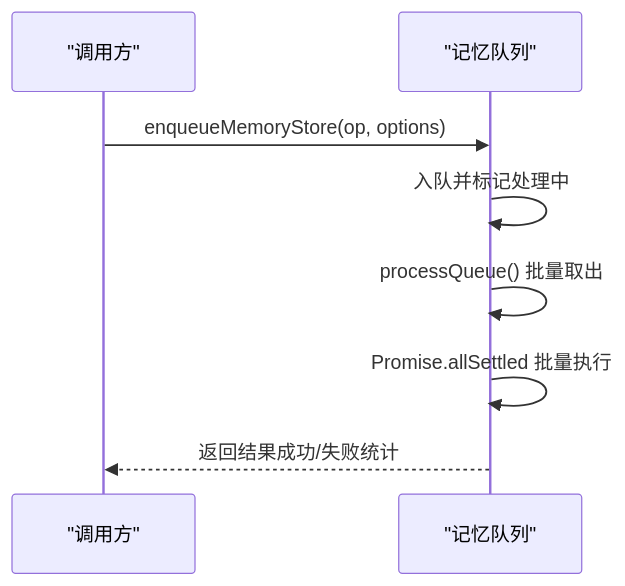
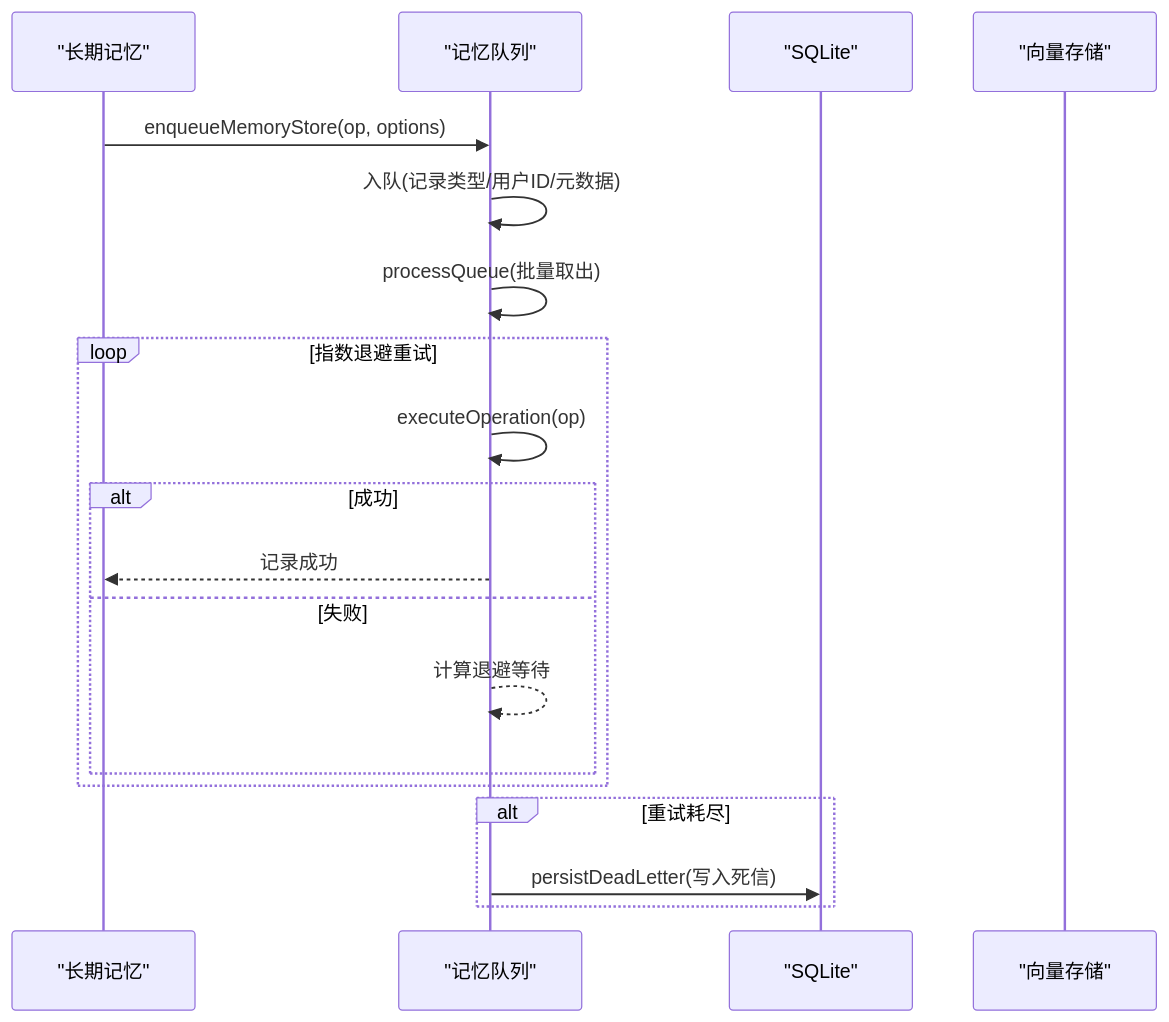
The fifth of 8 diagrams in NL2SQL/.qoder/repowiki/zh/content/记忆系统/记忆系统.md (HanHuiOnLine/724-office), drawn with Mermaid before and after one commit. The commit also changed other lines of this file and 203 other files, not shown here.

````diff
--- a/NL2SQL/.qoder/repowiki/zh/content/记忆系统/记忆系统.md
+++ b/NL2SQL/.qoder/repowiki/zh/content/记忆系统/记忆系统.md
@@ -218,10 +249,21 @@
 ```mermaid
 sequenceDiagram
-participant Caller as "调用方"
+participant LTM as "长期记忆"
 participant MQ as "记忆队列"
-Caller->>MQ : enqueueMemoryStore(op, options)
-MQ->>MQ : 入队并标记处理中
-MQ->>MQ : processQueue() 批量取出
-MQ->>MQ : Promise.allSettled 批量执行
-MQ-->>Caller : 返回结果成功/失败统计
+participant DB as "SQLite"
+participant VS as "向量存储"
+LTM->>MQ : enqueueMemoryStore(op, options)
+MQ->>MQ : 入队(记录类型/用户ID/元数据)
+MQ->>MQ : processQueue(批量取出)
+loop 指数退避重试
+MQ->>MQ : executeOperation(op)
+alt 成功
+MQ-->>LTM : 记录成功
+else 失败
+MQ-->>MQ : 计算退避等待
+end
+end
+alt 重试耗尽
+MQ->>DB : persistDeadLetter(写入死信)
+end
 ```
````
